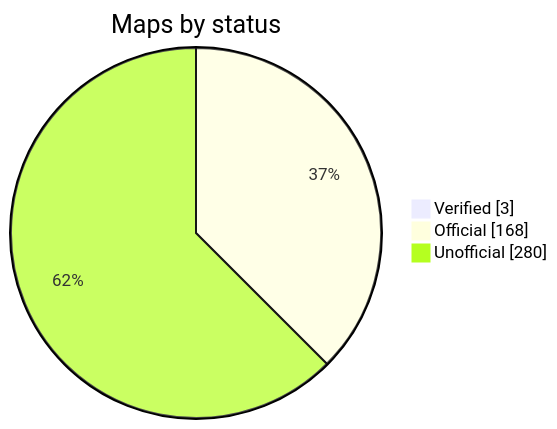
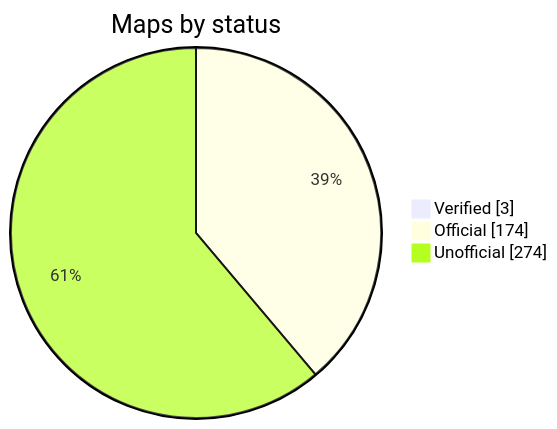
The diagram in README.md (nobrega8/mbmap-library), drawn with Mermaid before and after one commit. The commit also changed 1 other file, not shown here.

Commit message:
Rebuild the index

````diff
--- a/README.md
+++ b/README.md
@@ -48,7 +48,7 @@
 ```mermaid
 pie showData
     title Maps by status
     "Verified" : 3
-    "Official" : 168
-    "Unofficial" : 280
+    "Official" : 174
+    "Unofficial" : 274
 ```
````
